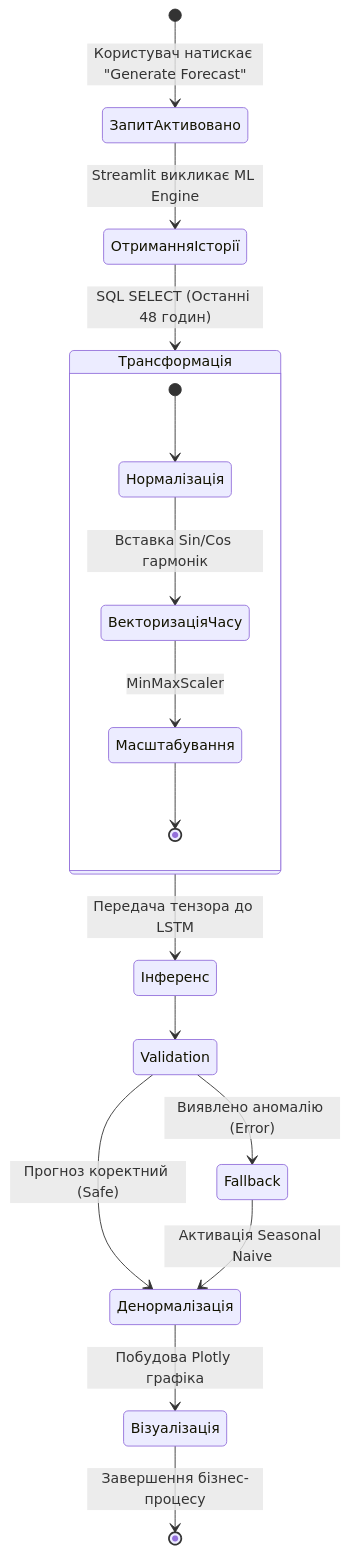
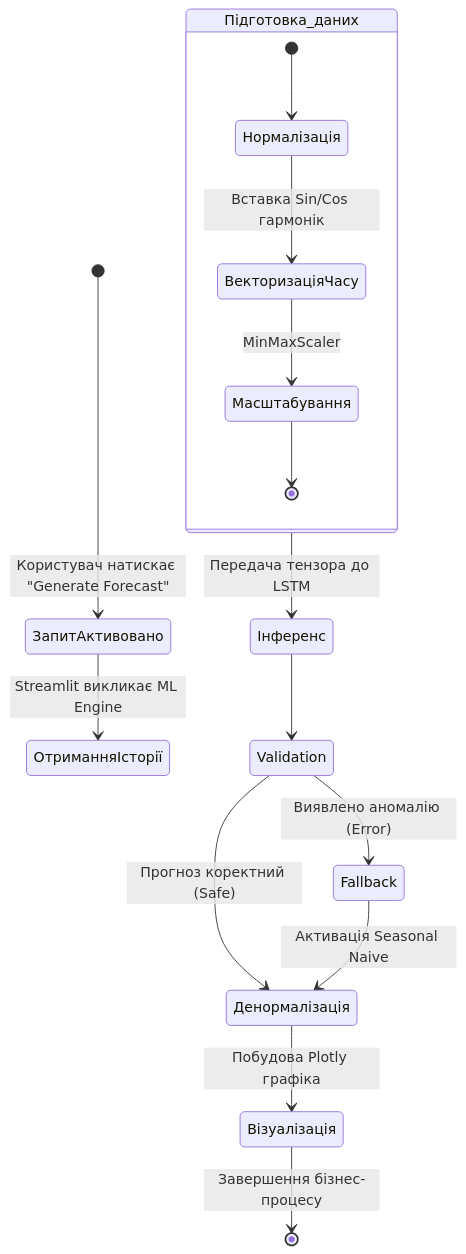
One commit to Lutvunenko-Dmutro/EnergyMonitor-OLAP changed the second of 3 diagrams in docs/thesis/THESIS_2_REQUIREMENTS.md. Above: the diagram before and after it, drawn with Mermaid. The commit also changed other lines of this file and 16 other files, not shown here.

````diff
--- a/docs/thesis/THESIS_2_REQUIREMENTS.md
+++ b/docs/thesis/THESIS_2_REQUIREMENTS.md
@@ -205,24 +204,22 @@
 ```mermaid
 stateDiagram-v2
     [*] --> ЗапитАктивовано: Користувач натискає "Generate Forecast"
     ЗапитАктивовано --> ОтриманняІсторії: Streamlit викликає ML Engine
-    ОтриманняІсторії --> Трансформація: SQL SELECT (Останні 48 годин)
-    
-    state Трансформація {
+    state Підготовка_даних {
         [*] --> Нормалізація
         Нормалізація --> ВекторизаціяЧасу: Вставка Sin/Cos гармонік
         ВекторизаціяЧасу --> Масштабування: MinMaxScaler
         Масштабування --> [*]
     }
     
-    Трансформація --> Інференс: Передача тензора до LSTM
+    Підготовка_даних --> Інференс: Передача тензора до LSTM
     Інференс --> Validation
     
     state Validation <<choice>>
     Validation --> Денормалізація: Прогноз коректний (Safe)
     Validation --> Fallback: Виявлено аномалію (Error)
     Fallback --> Денормалізація: Активація Seasonal Naive
     
     Денормалізація --> Візуалізація: Побудова Plotly графіка
     Візуалізація --> [*]: Завершення бізнес-процесу
 ```
````
